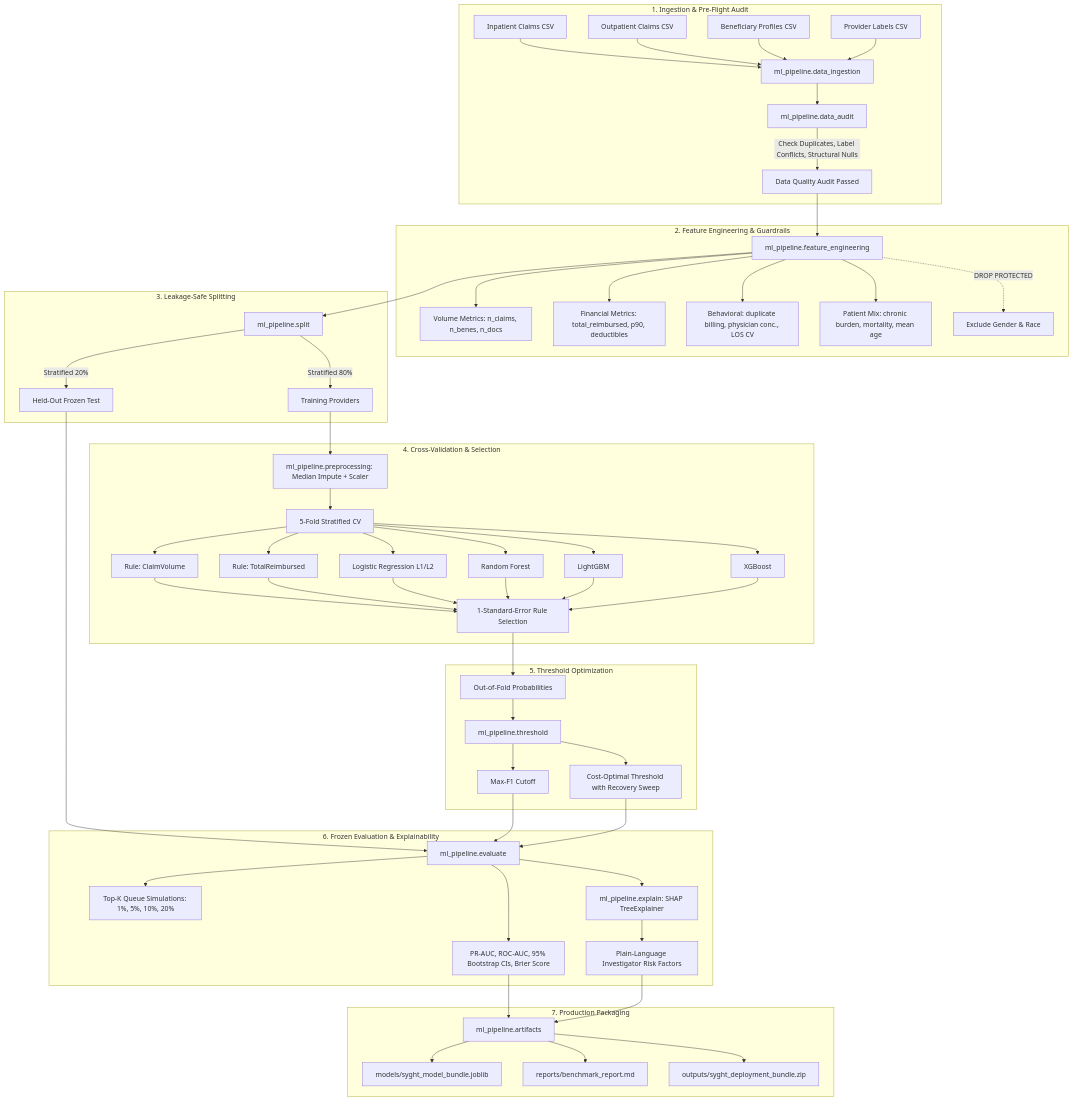
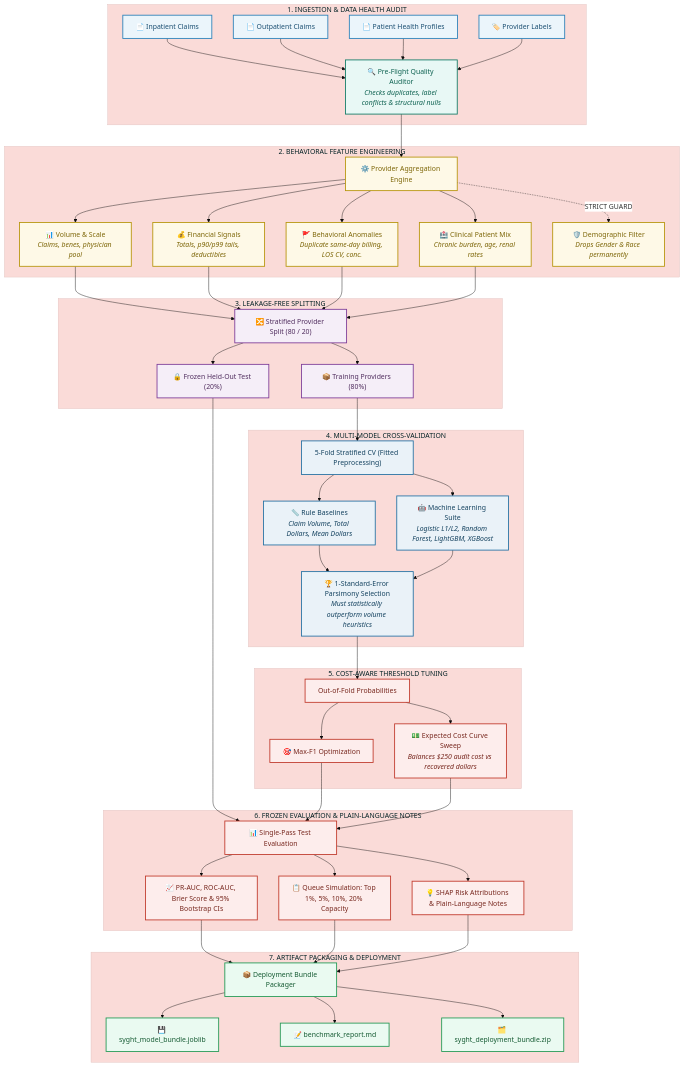
The diagram in README.md (toffee4u/Syght), drawn with Mermaid before and after one commit. The commit also changed other lines of this file, not shown here.

Commit message:
added system architecture overview

````diff
--- a/README.md
+++ b/README.md
@@ -51,61 +51,61 @@
 ```mermaid
+%%{init: {'theme': 'base', 'themeVariables': { 'primaryColor': '#EBF5FB', 'edgeLabelBackground':'#ffffff', 'tertiaryColor': '#FADBD8'}}}%%
 flowchart TD
-    subgraph DataIngestion["1. Ingestion & Pre-Flight Audit"]
-        D1[Inpatient Claims CSV] --> Ingest[ml_pipeline.data_ingestion]
-        D2[Outpatient Claims CSV] --> Ingest
-        D3[Beneficiary Profiles CSV] --> Ingest
-        D4[Provider Labels CSV] --> Ingest
-        Ingest --> Audit[ml_pipeline.data_audit]
-        Audit -->|Check Duplicates, Label Conflicts, Structural Nulls| AuditReport[Data Quality Audit Passed]
+    classDef input fill:#EBF5FB,stroke:#2980B9,stroke-width:2px,color:#1B4F72;
+    classDef audit fill:#E8F8F5,stroke:#117A65,stroke-width:2px,color:#0E6251;
+    classDef feature fill:#FEF9E7,stroke:#B7950B,stroke-width:2px,color:#7D6608;
+    classDef split fill:#F5EEF8,stroke:#7D3C98,stroke-width:2px,color:#512E5F;
+    classDef model fill:#EAF2F8,stroke:#2471A3,stroke-width:2px,color:#154360;
+    classDef eval fill:#FDEDEC,stroke:#C0392B,stroke-width:2px,color:#78281F;
+    classDef export fill:#EAFAF1,stroke:#229954,stroke-width:2px,color:#145A32;
+
+    subgraph Phase1["1. INGESTION & DATA HEALTH AUDIT"]
+        A1["📄 Inpatient Claims"]:::input
+        A2["📄 Outpatient Claims"]:::input
+        A3["📄 Patient Health Profiles"]:::input
+        A4["🏷️ Provider Labels"]:::input
+        A1 & A2 & A3 & A4 --> B1["🔍 Pre-Flight Quality Auditor<br/><i>Checks duplicates, label conflicts & structural nulls</i>"]:::audit
     end
 
-    subgraph FeatureEngineering["2. Feature Engineering & Guardrails"]
-        AuditReport --> FE[ml_pipeline.feature_engineering]
-        FE --> Volume[Volume Metrics: n_claims, n_benes, n_docs]
-        FE --> Money[Financial Metrics: total_reimbursed, p90, deductibles]
-        FE --> Behaviour[Behavioral: duplicate billing, physician conc., LOS CV]
-        FE --> PatientMix[Patient Mix: chronic burden, mortality, mean age]
-        FE -.->|DROP PROTECTED| StripDemo[Exclude Gender & Race]
+    subgraph Phase2["2. BEHAVIORAL FEATURE ENGINEERING"]
+        B1 --> C1["⚙️ Provider Aggregation Engine"]:::feature
+        C1 --> F1["📊 Volume & Scale<br/><i>Claims, benes, physician pool</i>"]:::feature
+        C1 --> F2["💰 Financial Signals<br/><i>Totals, p90/p99 tails, deductibles</i>"]:::feature
+        C1 --> F3["🚩 Behavioral Anomalies<br/><i>Duplicate same-day billing, LOS CV, conc.</i>"]:::feature
+        C1 --> F4["🏥 Clinical Patient Mix<br/><i>Chronic burden, age, renal rates</i>"]:::feature
+        C1 -.->|STRICT GUARD| S1["🛡️ Demographic Filter<br/><i>Drops Gender & Race permanently</i>"]:::feature
     end
 
-    subgraph Splitting["3. Leakage-Safe Splitting"]
-        FE --> Split[ml_pipeline.split]
-        Split -->|Stratified 80%| TrainData[Training Providers]
-        Split -->|Stratified 20%| TestData[Held-Out Frozen Test]
+    subgraph Phase3["3. LEAKAGE-FREE SPLITTING"]
+        F1 & F2 & F3 & F4 --> D1["🔀 Stratified Provider Split (80 / 20)"]:::split
+        D1 --> TrainSet["📦 Training Providers (80%)"]:::split
+        D1 --> TestSet["🔒 Frozen Held-Out Test (20%)"]:::split
     end
 
-    subgraph ModelBenchmarking["4. Cross-Validation & Selection"]
-        TrainData --> Preproc[ml_pipeline.preprocessing: Median Impute + Scaler]
-        Preproc --> CV[5-Fold Stratified CV]
-        CV --> R1[Rule: ClaimVolume]
-        CV --> R2[Rule: TotalReimbursed]
-        CV --> M1[Logistic Regression L1/L2]
-        CV --> M2[Random Forest]
-        CV --> M3[LightGBM]
-        CV --> M4[XGBoost]
-        R1 & R2 & M1 & M2 & M3 & M4 --> Select[1-Standard-Error Rule Selection]
+    subgraph Phase4["4. MULTI-MODEL CROSS-VALIDATION"]
+        TrainSet --> CV["5-Fold Stratified CV (Fitted Preprocessing)"]:::model
+        CV --> R["📏 Rule Baselines<br/><i>Claim Volume, Total Dollars, Mean Dollars</i>"]:::model
+        CV --> M["🤖 Machine Learning Suite<br/><i>Logistic L1/L2, Random Forest, LightGBM, XGBoost</i>"]:::model
+        R & M --> Sel["🏆 1-Standard-Error Parsimony Selection<br/><i>Must statistically outperform volume heuristics</i>"]:::model
     end
 
-    subgraph Thresholding["5. Threshold Optimization"]
-        Select --> OOF[Out-of-Fold Probabilities]
-        OOF --> Thresh[ml_pipeline.threshold]
-        Thresh --> MaxF1[Max-F1 Cutoff]
-        Thresh --> CostCurve[Cost-Optimal Threshold with Recovery Sweep]
+    subgraph Phase5["5. COST-AWARE THRESHOLD TUNING"]
+        Sel --> OOF["Out-of-Fold Probabilities"]:::eval
+        OOF --> T1["🎯 Max-F1 Optimization"]:::eval
+        OOF --> T2["💵 Expected Cost Curve Sweep<br/><i>Balances $250 audit cost vs recovered dollars</i>"]:::eval
     end
 
-    subgraph Evaluation["6. Frozen Evaluation & Explainability"]
-        TestData --> Eval[ml_pipeline.evaluate]
-        MaxF1 & CostCurve --> Eval
-        Eval --> Metrics[PR-AUC, ROC-AUC, 95% Bootstrap CIs, Brier Score]
-        Eval --> TopK[Top-K Queue Simulations: 1%, 5%, 10%, 20%]
-        Eval --> SHAP[ml_pipeline.explain: SHAP TreeExplainer]
-        SHAP --> PlainText[Plain-Language Investigator Risk Factors]
+    subgraph Phase6["6. FROZEN EVALUATION & PLAIN-LANGUAGE NOTES"]
+        TestSet & T1 & T2 --> FinalEval["📊 Single-Pass Test Evaluation"]:::eval
+        FinalEval --> Met["📈 PR-AUC, ROC-AUC, Brier Score & 95% Bootstrap CIs"]:::eval
+        FinalEval --> TopK["📋 Queue Simulation: Top 1%, 5%, 10%, 20% Capacity"]:::eval
+        FinalEval --> SHAP["💡 SHAP Risk Attributions & Plain-Language Notes"]:::eval
     end
 
-    subgraph Packaging["7. Production Packaging"]
-        Metrics & PlainText --> Export[ml_pipeline.artifacts]
-        Export --> Bundle[models/syght_model_bundle.joblib]
-        Export --> Report[reports/benchmark_report.md]
-        Export --> ZIP[outputs/syght_deployment_bundle.zip]
+    subgraph Phase7["7. ARTIFACT PACKAGING & DEPLOYMENT"]
+        Met & TopK & SHAP --> Pkg["📦 Deployment Bundle Packager"]:::export
+        Pkg --> Out1["💾 syght_model_bundle.joblib"]:::export
+        Pkg --> Out2["📝 benchmark_report.md"]:::export
+        Pkg --> Out3["🗂️ syght_deployment_bundle.zip"]:::export
     end
 ```
````
